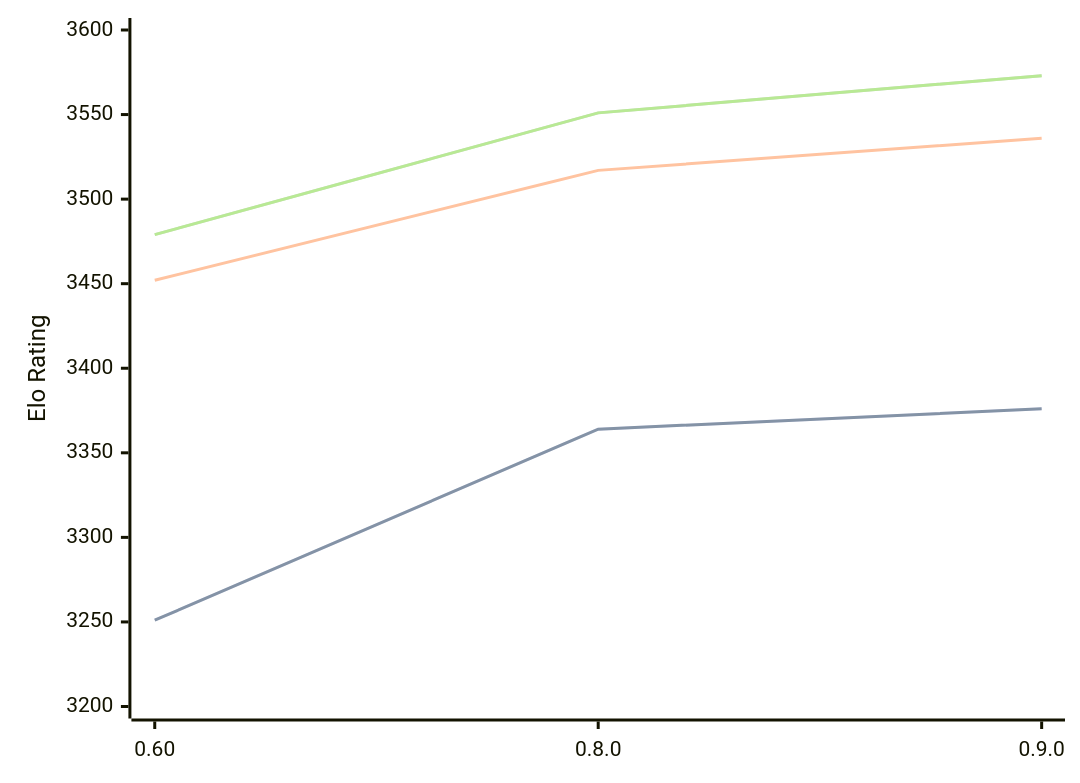
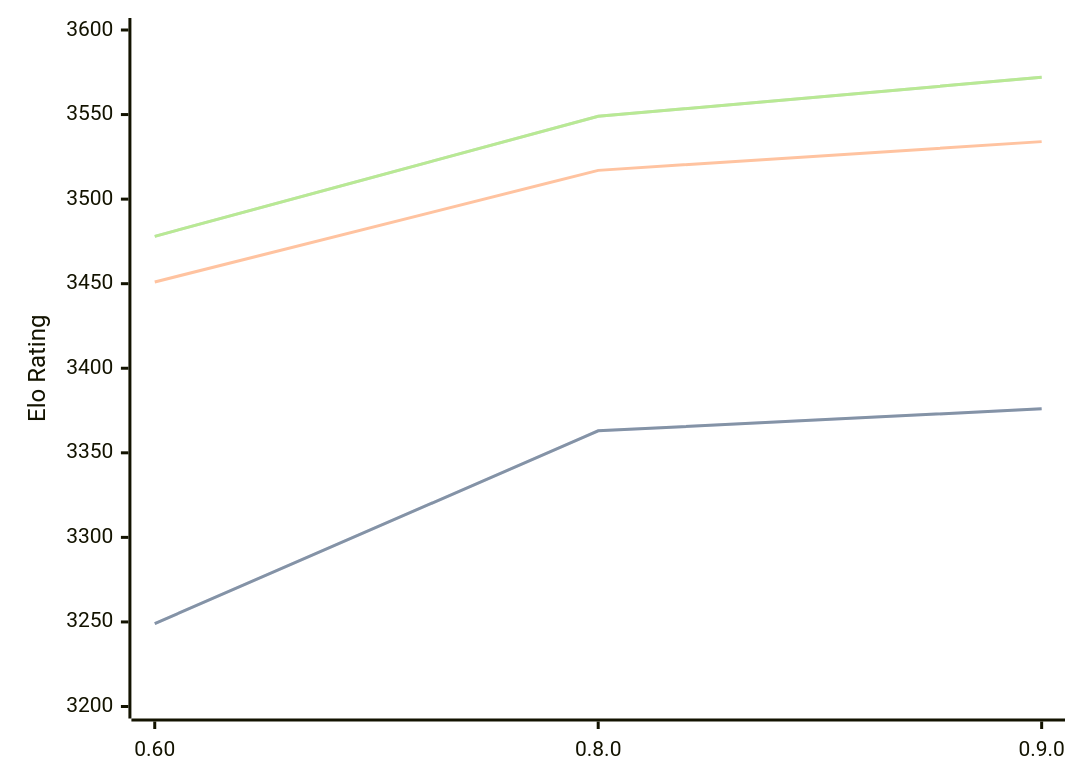
One commit to computer-chess-index/cci changed the diagram in engines/Motor.md. Above: the diagram before and after it, drawn with Mermaid. The commit also changed other lines of this file, not shown here.

Commit message:
Update CCI Ratings (ELO VLTC) - 2026-03-08

````diff
--- a/engines/Motor.md
+++ b/engines/Motor.md
@@ -37,11 +37,11 @@
 ```mermaid
 %%{init: {"theme":"base","themeVariables":{"seriesColors:['#a3a3a3','#222221','#faa371']}}}%%
 xychart-beta
   x-axis ["0.60", "0.8.0", "0.9.0"]
   y-axis "Elo Rating" 3200 --> 3600
-  line "STC (8.0+0.08s)" [3251, 3364, 3376]
-  line "STC (8.0+0.08s)" [3251, 3364, 3376]
-  line "LTC (60.0+0.60s)" [3452, 3517, 3536]
-  line "VLTC (2m24s+1.12s)" [3479, 3551, 3573]
-  line "VLTC (2m24s+1.12s)" [3479, 3551, 3573]
+  line "STC (8.0+0.08s)" [3249, 3363, 3376]
+  line "STC (8.0+0.08s)" [3249, 3363, 3376]
+  line "LTC (60.0+0.60s)" [3451, 3517, 3534]
+  line "VLTC (2m24s+1.12s)" [3478, 3549, 3572]
+  line "VLTC (2m24s+1.12s)" [3478, 3549, 3572]
 ```
````
